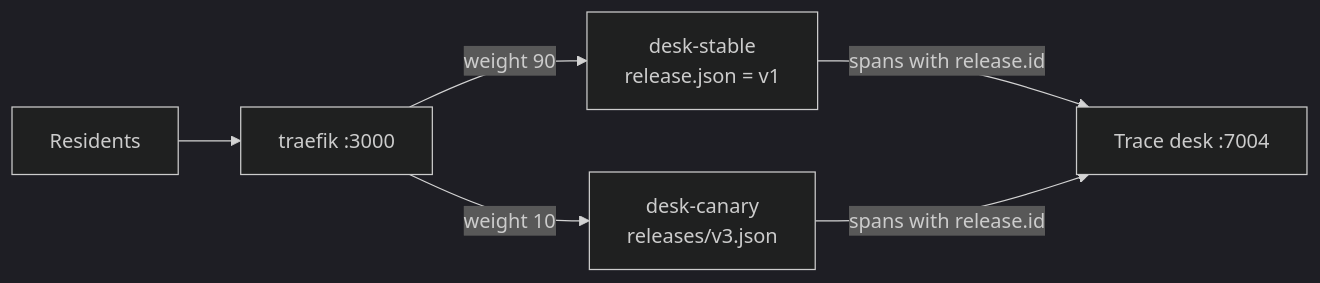
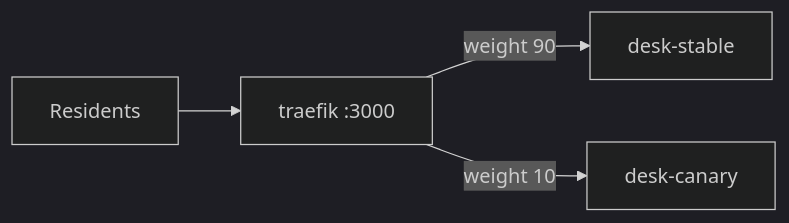
The diagram in parts/04-release-safely/02-ship-a-canary/problem/README.md (learnwithparam/agentic-deployment), drawn with Mermaid (dark theme) before and after one commit. The commit also changed other lines of this file and 370 other files, not shown here.

````diff
--- a/parts/04-release-safely/02-ship-a-canary/problem/README.md
+++ b/parts/04-release-safely/02-ship-a-canary/problem/README.md
@@ -30,7 +24,6 @@
 ```mermaid
 flowchart LR
   R[Residents] --> T[traefik :3000]
-  T -->|weight 90| S[desk-stable<br/>release.json = v1]
-  T -->|weight 10| C[desk-canary<br/>releases/v3.json]
-  S & C -->|spans with release.id| TD[Trace desk :7004]
+  T -->|weight 90| S[desk-stable]
+  T -->|weight 10| C[desk-canary]
 ```
````
